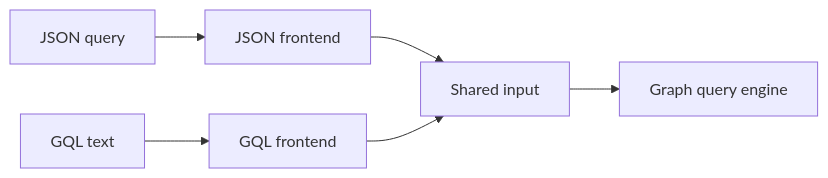
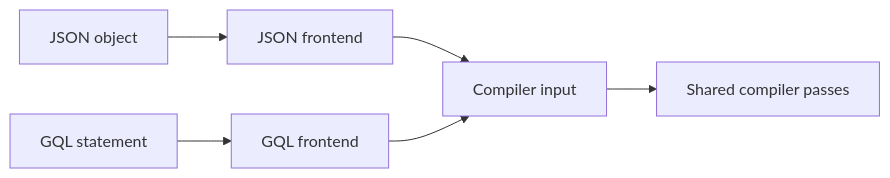
Before and after one commit to gitlabhq/orbit-knowledge-graph: the first of 6 diagrams in docs/pages/engineering/architecture/query-languages.md, drawn with Mermaid. The commit also changed other lines of this file and 2 other files, not shown here.

Commit message:
docs(architecture): tighten the querying pages and add the engine walkthrough

````diff
--- a/docs/pages/engineering/architecture/query-languages.md
+++ b/docs/pages/engineering/architecture/query-languages.md
@@ -40,8 +41,8 @@
 ```mermaid
 flowchart LR
-    JSON[JSON query] --> JF[JSON frontend]
-    GQL[GQL text] --> GF[GQL frontend]
-    JF --> Input[Shared input]
+    JSON[JSON object] --> JF[JSON frontend]
+    GQL[GQL statement] --> GF[GQL frontend]
+    JF --> Input[Compiler input]
     GF --> Input
-    Input --> Engine[Graph query engine]
+    Input --> Passes[Shared compiler passes]
 ```
````
